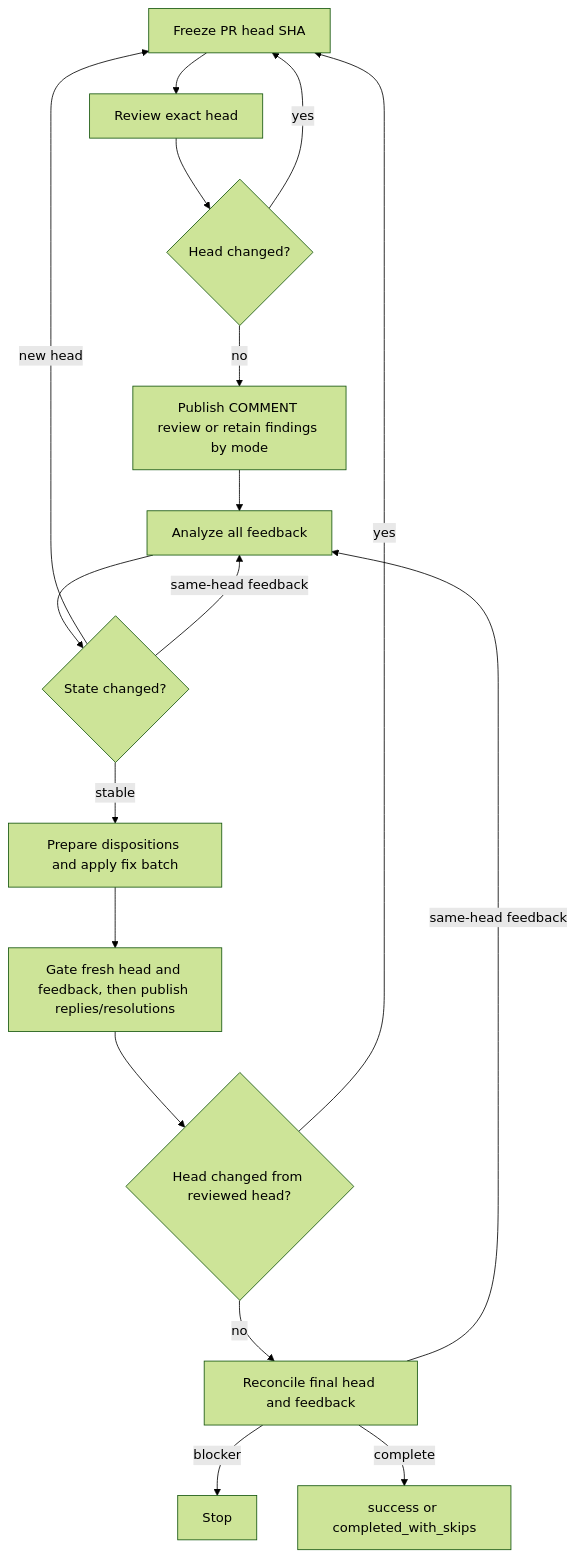
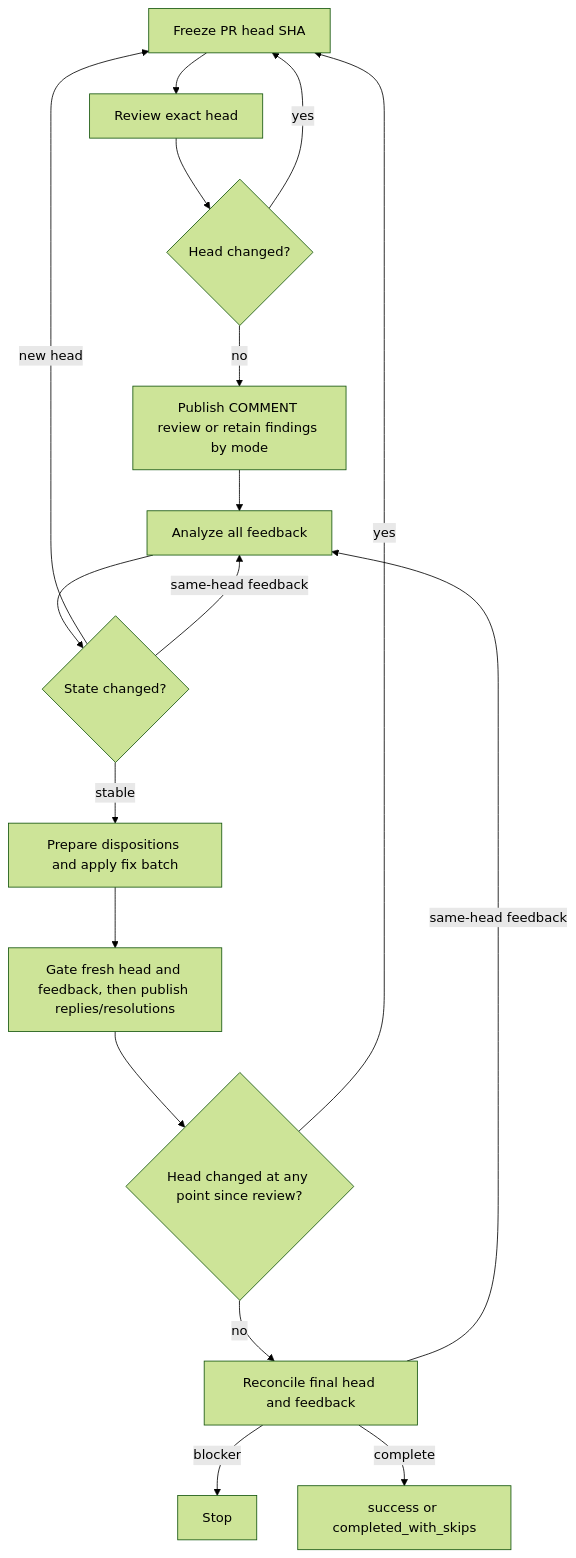
One commit to dceoy/ai-coding-agent-skills changed the diagram in skills/pr-loop/SKILL.md. Above: the diagram before and after it, drawn with Mermaid (forest theme). The commit also changed other lines of this file, not shown here.

Commit message:
fix: preserve PR head transition history

````diff
--- a/skills/pr-loop/SKILL.md
+++ b/skills/pr-loop/SKILL.md
@@ -161,19 +163,19 @@
 ```mermaid
 flowchart TD
   A[Freeze PR head SHA] --> B[Review exact head]
   B --> C{Head changed?}
   C -->|yes| A
   C -->|no| D[Publish COMMENT review or retain findings by mode]
   D --> E[Analyze all feedback]
   E --> F{State changed?}
   F -->|new head| A
   F -->|same-head feedback| E
   F -->|stable| G[Prepare dispositions and apply fix batch]
   G --> H[Gate fresh head and feedback, then publish replies/resolutions]
-  H --> I{Head changed from reviewed head?}
+  H --> I{Head changed at any point since review?}
   I -->|yes| A
   I -->|no| J[Reconcile final head and feedback]
   J -->|same-head feedback| E
   J -->|blocker| K[Stop]
   J -->|complete| L[success or completed_with_skips]
 ```
````
